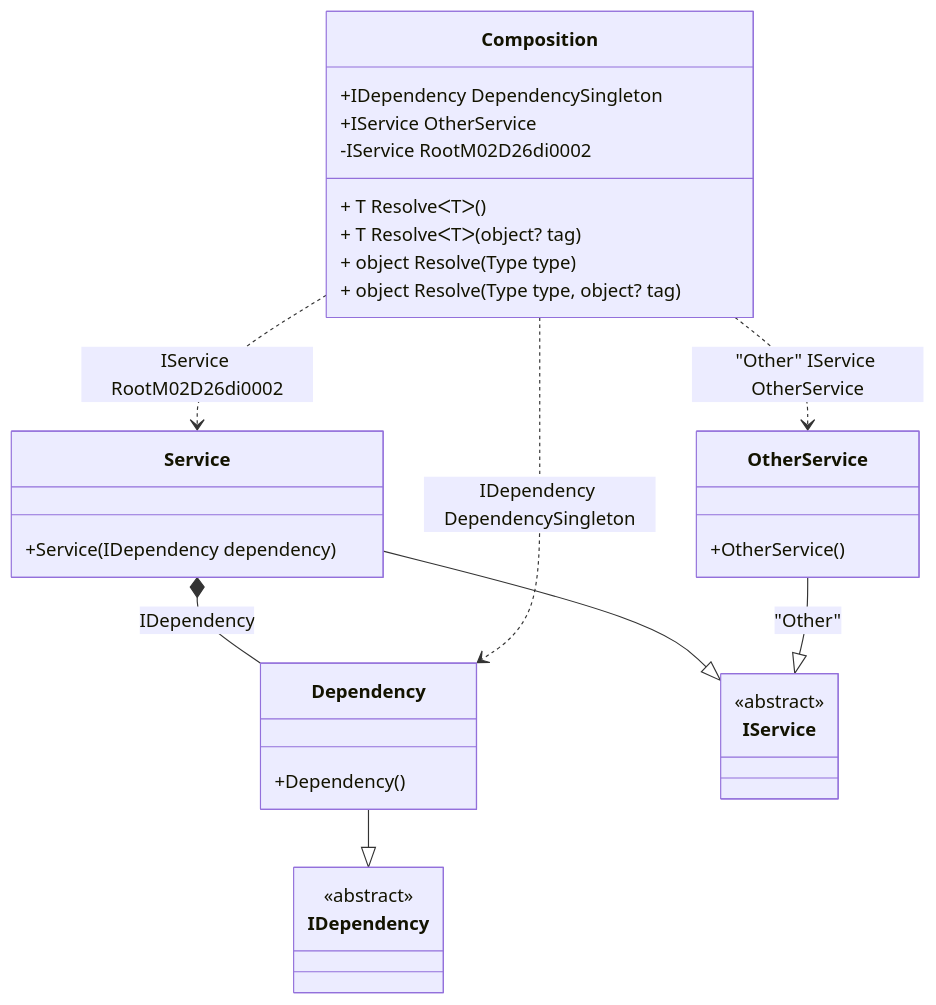
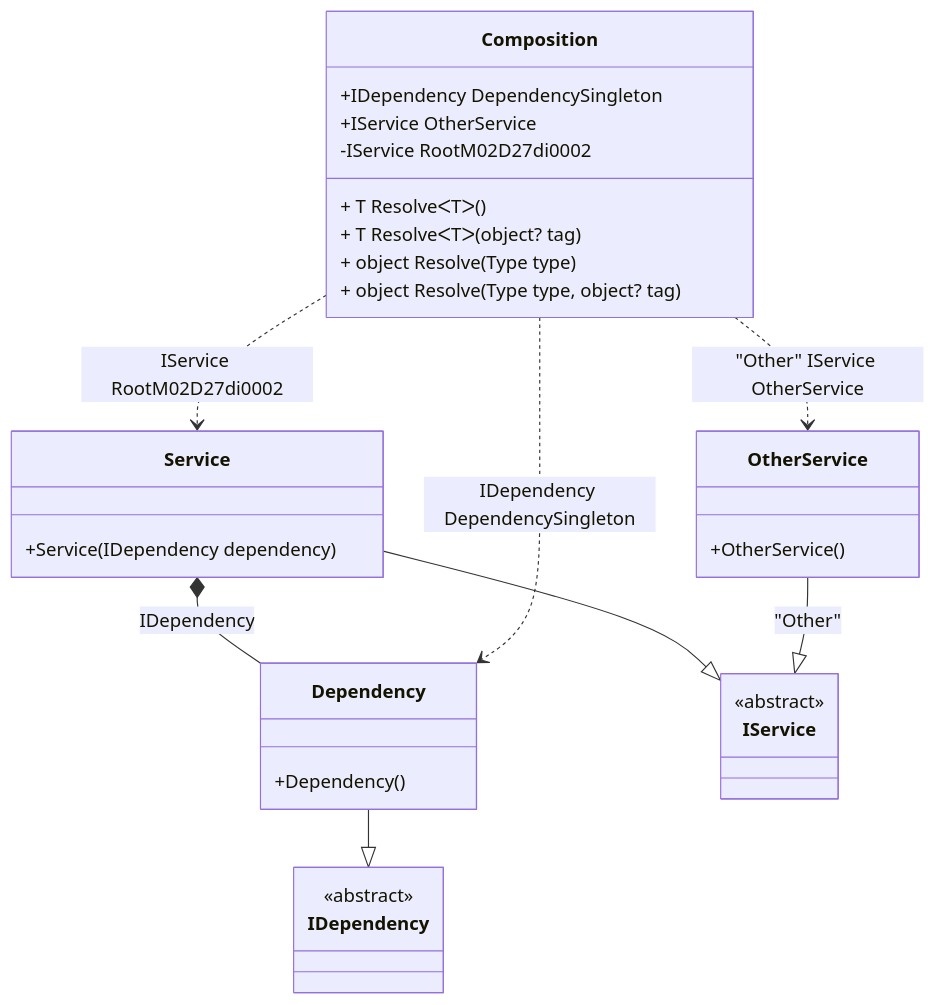
Before and after one commit to DevTeam/Pure.DI: the diagram in readme/resolve-methods.md, drawn with Mermaid. The commit also changed other lines of this file and 73 other files, not shown here.

````diff
--- a/readme/resolve-methods.md
+++ b/readme/resolve-methods.md
@@ -45,34 +45,34 @@
 ```mermaid
 classDiagram
   class Composition {
     +IDependency DependencySingleton
     +IService OtherService
-    -IService RootM02D26di0002
+    -IService RootM02D27di0002
     + T ResolveᐸTᐳ()
     + T ResolveᐸTᐳ(object? tag)
     + object Resolve(Type type)
     + object Resolve(Type type, object? tag)
   }
   Dependency --|> IDependency : 
   class Dependency {
     +Dependency()
   }
   Service --|> IService : 
   class Service {
     +Service(IDependency dependency)
   }
   OtherService --|> IService : "Other" 
   class OtherService {
     +OtherService()
   }
   class IDependency {
     <<abstract>>
   }
   class IService {
     <<abstract>>
   }
   Service *--  Dependency : IDependency
   Composition ..> Dependency : IDependency DependencySingleton
-  Composition ..> Service : IService RootM02D26di0002
+  Composition ..> Service : IService RootM02D27di0002
   Composition ..> OtherService : "Other" IService OtherService
 ```
````
